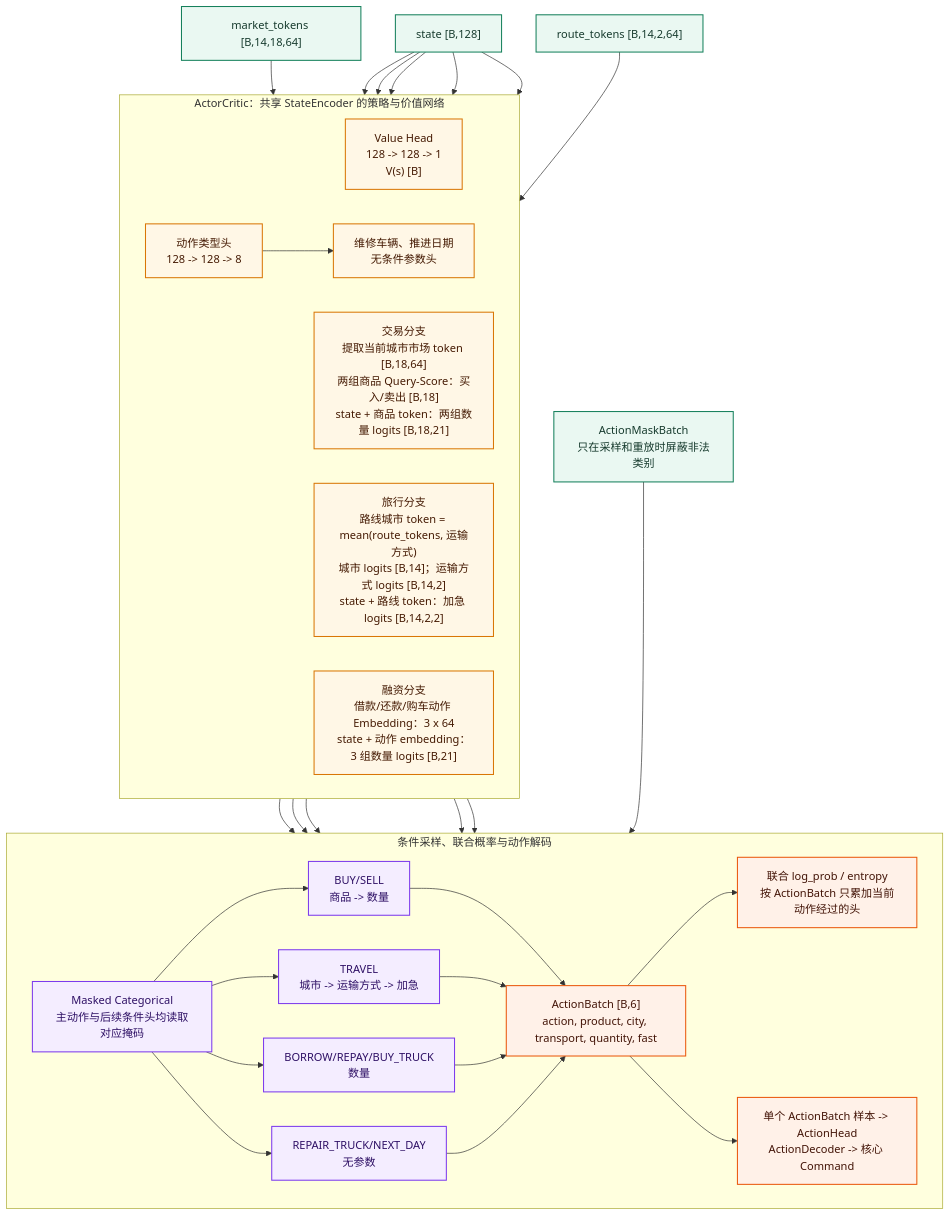
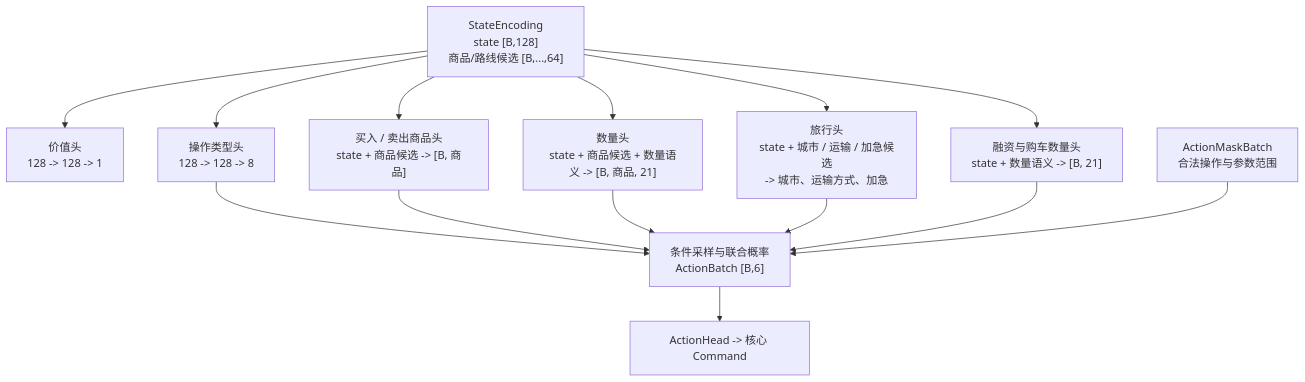
Before and after one commit to ImJX-Xu/TradeGame-RL: the diagram in docs/architecture/actor-critic.md, drawn with Mermaid. The commit also changed other lines of this file and 5 other files, not shown here.

````diff
--- a/docs/architecture/actor-critic.md
+++ b/docs/architecture/actor-critic.md
@@ -5,54 +5,27 @@
 ```mermaid
 flowchart TB
-    classDef input fill:#EAF8F2,stroke:#16805C,stroke-width:1.5px,color:#173B2E
-    classDef network fill:#FFF7E6,stroke:#D97706,stroke-width:1.5px,color:#451A03
-    classDef decision fill:#F4EDFF,stroke:#7C3AED,stroke-width:1.5px,color:#2E1065
-    classDef output fill:#FFF1E8,stroke:#EA580C,stroke-width:1.5px,color:#431407
+    encoding["StateEncoding<br/>state [B,128]<br/>商品/路线候选 [B,...,64]"]
+    value["价值头<br/>128 -> 128 -> 1"]
+    action["操作类型头<br/>128 -> 128 -> 8"]
+    product["买入 / 卖出商品头<br/>state + 商品候选 -> [B, 商品]"]
+    quantity["数量头<br/>state + 商品候选 + 数量语义 -> [B, 商品, 21]"]
+    travel["旅行头<br/>state + 城市 / 运输 / 加急候选<br/>-> 城市、运输方式、加急"]
+    finance["融资与购车数量头<br/>state + 数量语义 -> [B, 21]"]
+    masks["ActionMaskBatch<br/>合法操作与参数范围"]
+    sample["条件采样与联合概率<br/>ActionBatch [B,6]"]
+    command["ActionHead -> 核心 Command"]
 
-    state_input["state [B,128]"]:::input
-    market_input["market_tokens [B,14,18,64]"]:::input
-    route_input["route_tokens [B,14,2,64]"]:::input
-    mask["ActionMaskBatch<br/>只在采样和重放时屏蔽非法类别"]:::input
-
-    subgraph actor_critic["ActorCritic：共享 StateEncoder 的策略与价值网络"]
-        direction LR
-        value["Value Head<br/>128 -> 128 -> 1<br/>V(s) [B]"]:::network
-        action_type["动作类型头<br/>128 -> 128 -> 8"]:::network
-        trade["交易分支<br/>提取当前城市市场 token [B,18,64]<br/>两组商品 Query-Score：买入/卖出 [B,18]<br/>state + 商品 token：两组数量 logits [B,18,21]"]:::network
-        travel["旅行分支<br/>路线城市 token = mean(route_tokens, 运输方式)<br/>城市 logits [B,14]；运输方式 logits [B,14,2]<br/>state + 路线 token：加急 logits [B,14,2,2]"]:::network
-        finance["融资分支<br/>借款/还款/购车动作 Embedding：3 x 64<br/>state + 动作 embedding：3 组数量 logits [B,21]"]:::network
-        fixed_actions["维修车辆、推进日期<br/>无条件参数头"]:::network
-    end
-    state_input --> value
-    state_input --> action_type
-    market_input --> trade
-    state_input --> trade
-    route_input --> travel
-    state_input --> travel
-    state_input --> finance
-    action_type --> fixed_actions
-
-    subgraph decision["条件采样、联合概率与动作解码"]
-        direction LR
-        select_action["Masked Categorical<br/>主动作与后续条件头均读取对应掩码"]:::decision
-        trade_path["BUY/SELL<br/>商品 -> 数量"]:::decision
-        travel_path["TRAVEL<br/>城市 -> 运输方式 -> 加急"]:::decision
-        finance_path["BORROW/REPAY/BUY_TRUCK<br/>数量"]:::decision
-        no_param_path["REPAIR_TRUCK/NEXT_DAY<br/>无参数"]:::decision
-        action_batch["ActionBatch [B,6]<br/>action, product, city, transport, quantity, fast"]:::output
-        joint["联合 log_prob / entropy<br/>按 ActionBatch 只累加当前动作经过的头"]:::output
-        decoder["单个 ActionBatch 样本 -> ActionHead<br/>ActionDecoder -> 核心 Command"]:::output
-        select_action --> trade_path --> action_batch
-        select_action --> travel_path --> action_batch
-        select_action --> finance_path --> action_batch
-        select_action --> no_param_path --> action_batch
-        action_batch --> joint
-        action_batch --> decoder
-    end
-    mask --> select_action
-    action_type --> select_action
-    trade --> trade_path
-    travel --> travel_path
-    finance --> finance_path
-    fixed_actions --> no_param_path
+    encoding --> value
+    encoding --> action
+    encoding --> product
+    encoding --> quantity
+    encoding --> travel
+    encoding --> finance
+    action --> sample
+    product --> sample
+    quantity --> sample
+    travel --> sample
+    finance --> sample
+    masks --> sample
+    sample --> command
 ```
````
